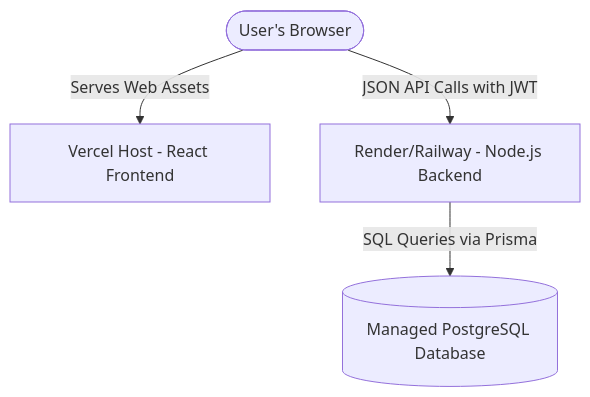
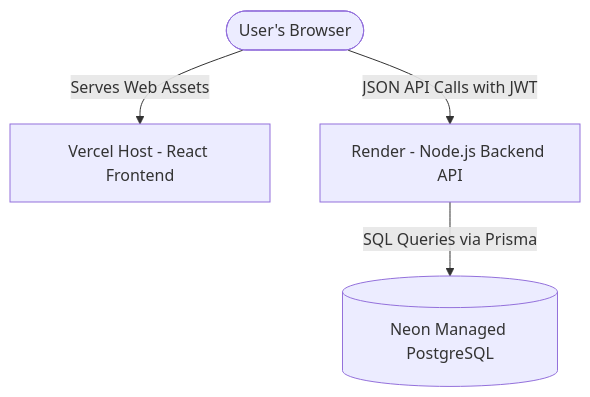
The diagram in DEPLOYMENT.md (Harshkumar1007/Share_Bill), drawn with Mermaid before and after one commit. The commit also changed other lines of this file and 3 other files, not shown here.

````diff
--- a/DEPLOYMENT.md
+++ b/DEPLOYMENT.md
@@ -9,11 +9,11 @@
 ```mermaid
 graph TD
     User([User's Browser])
     Vercel[Vercel Host - React Frontend]
-    Render[Render/Railway - Node.js Backend]
-    PostgreSQL[(Managed PostgreSQL Database)]
+    Render[Render - Node.js Backend API]
+    PostgreSQL[(Neon Managed PostgreSQL)]
 
     User -->|Serves Web Assets| Vercel
     User -->|JSON API Calls with JWT| Render
     Render -->|SQL Queries via Prisma| PostgreSQL
 ```
````
